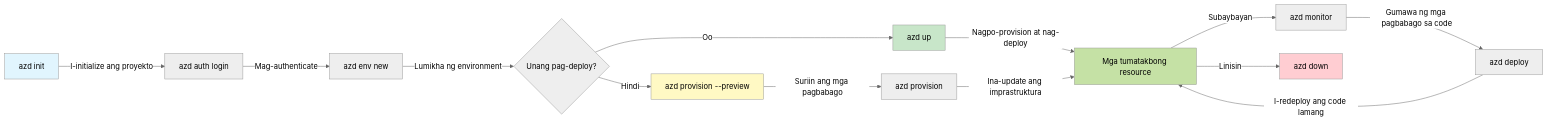
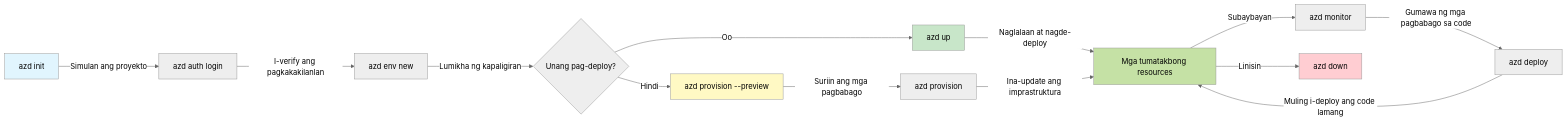
One commit to microsoft/AZD-for-beginners changed the first of 2 diagrams in translations/tl/docs/chapter-01-foundation/azd-basics.md. Above: the diagram before and after it, drawn with Mermaid (neutral theme). The commit also changed other lines of this file and 101 other files, not shown here.

````diff
--- a/translations/tl/docs/chapter-01-foundation/azd-basics.md
+++ b/translations/tl/docs/chapter-01-foundation/azd-basics.md
@@ -269,21 +269,21 @@
 ```mermaid
 graph LR
-    A[azd init] -->|I-initialize ang proyekto| B[azd auth login]
-    B -->|Mag-authenticate| C[azd env new]
-    C -->|Lumikha ng environment| D{Unang pag-deploy?}
+    A[azd init] -->|Simulan ang proyekto| B[azd auth login]
+    B -->|I-verify ang pagkakakilanlan| C[azd env new]
+    C -->|Lumikha ng kapaligiran| D{Unang pag-deploy?}
     D -->|Oo| E[azd up]
     D -->|Hindi| F[azd provision --preview]
     F -->|Suriin ang mga pagbabago| G[azd provision]
-    E -->|Nagpo-provision at nag-deploy| H[Mga tumatakbong resource]
+    E -->|Naglalaan at nagde-deploy| H[Mga tumatakbong resources]
     G -->|Ina-update ang imprastruktura| H
     H -->|Subaybayan| I[azd monitor]
     I -->|Gumawa ng mga pagbabago sa code| J[azd deploy]
-    J -->|I-redeploy ang code lamang| H
+    J -->|Muling i-deploy ang code lamang| H
     H -->|Linisin| K[azd down]
     
     style A fill:#e1f5fe
     style E fill:#c8e6c9
     style F fill:#fff9c4
     style H fill:#c5e1a5
     style K fill:#ffcdd2
 ```
````
